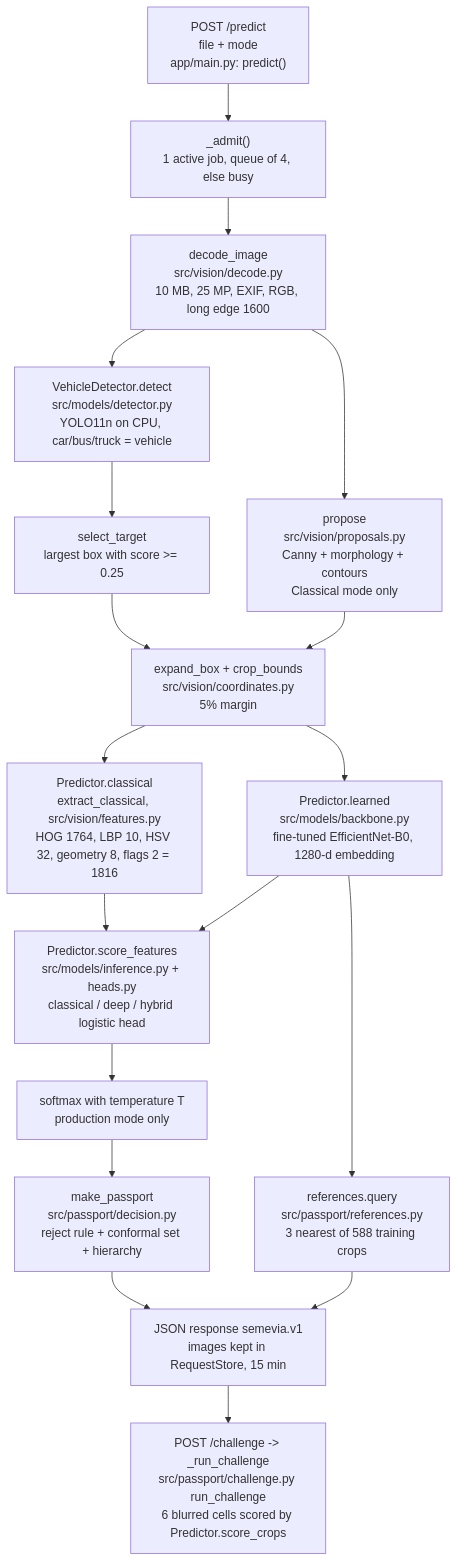
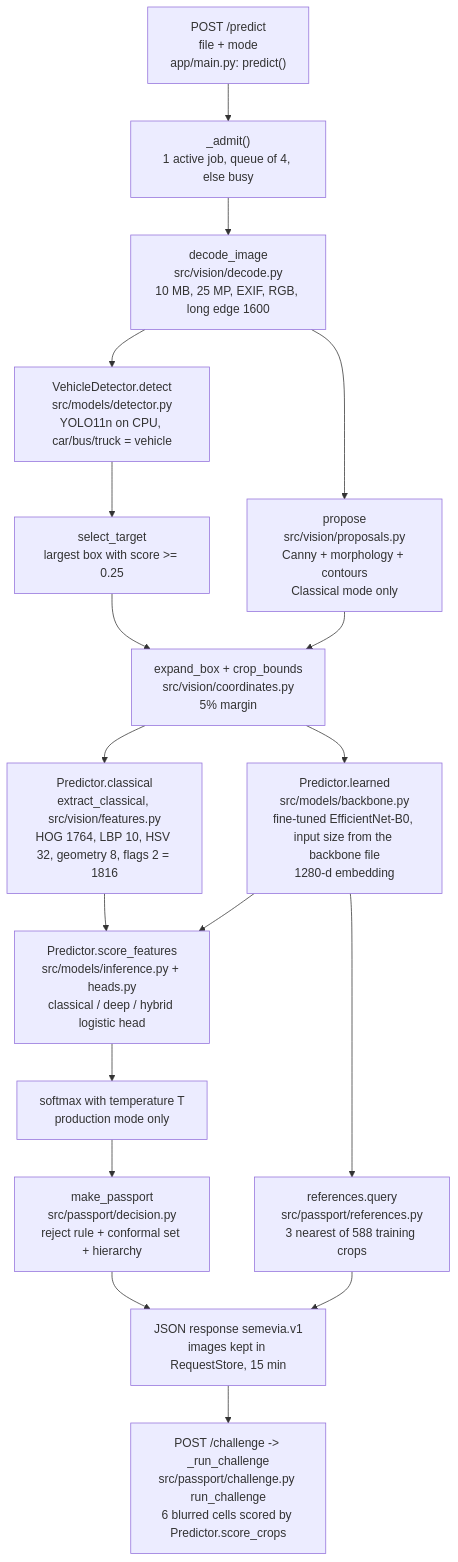
The first of 2 diagrams in docs/design.md (DuhItzAniket/SEMEVIA), drawn with Mermaid before and after one commit. The commit also changed other lines of this file and 15 other files, not shown here.

````diff
--- a/docs/design.md
+++ b/docs/design.md
@@ -144,20 +150,20 @@
 ```mermaid
 flowchart TD
     U["POST /predict<br/>file + mode<br/>app/main.py: predict()"] --> Q["_admit()<br/>1 active job, queue of 4, else busy"]
     Q --> D["decode_image<br/>src/vision/decode.py<br/>10 MB, 25 MP, EXIF, RGB, long edge 1600"]
     D --> Y["VehicleDetector.detect<br/>src/models/detector.py<br/>YOLO11n on CPU, car/bus/truck = vehicle"]
     Y --> S["select_target<br/>largest box with score >= 0.25"]
     D --> P["propose<br/>src/vision/proposals.py<br/>Canny + morphology + contours<br/>Classical mode only"]
     S --> C["expand_box + crop_bounds<br/>src/vision/coordinates.py<br/>5% margin"]
     P --> C
     C --> F1["Predictor.classical<br/>extract_classical, src/vision/features.py<br/>HOG 1764, LBP 10, HSV 32, geometry 8, flags 2 = 1816"]
-    C --> F2["Predictor.learned<br/>src/models/backbone.py<br/>fine-tuned EfficientNet-B0, 1280-d embedding"]
+    C --> F2["Predictor.learned<br/>src/models/backbone.py<br/>fine-tuned EfficientNet-B0, input size from the backbone file<br/>1280-d embedding"]
     F1 --> H["Predictor.score_features<br/>src/models/inference.py + heads.py<br/>classical / deep / hybrid logistic head"]
     F2 --> H
     F2 --> REF["references.query<br/>src/passport/references.py<br/>3 nearest of 588 training crops"]
     H --> T["softmax with temperature T<br/>production mode only"]
     T --> PP["make_passport<br/>src/passport/decision.py<br/>reject rule + conformal set + hierarchy"]
     PP --> R["JSON response semevia.v1<br/>images kept in RequestStore, 15 min"]
     REF --> R
     R --> CH["POST /challenge -> _run_challenge<br/>src/passport/challenge.py run_challenge<br/>6 blurred cells scored by Predictor.score_crops"]
 ```
````
